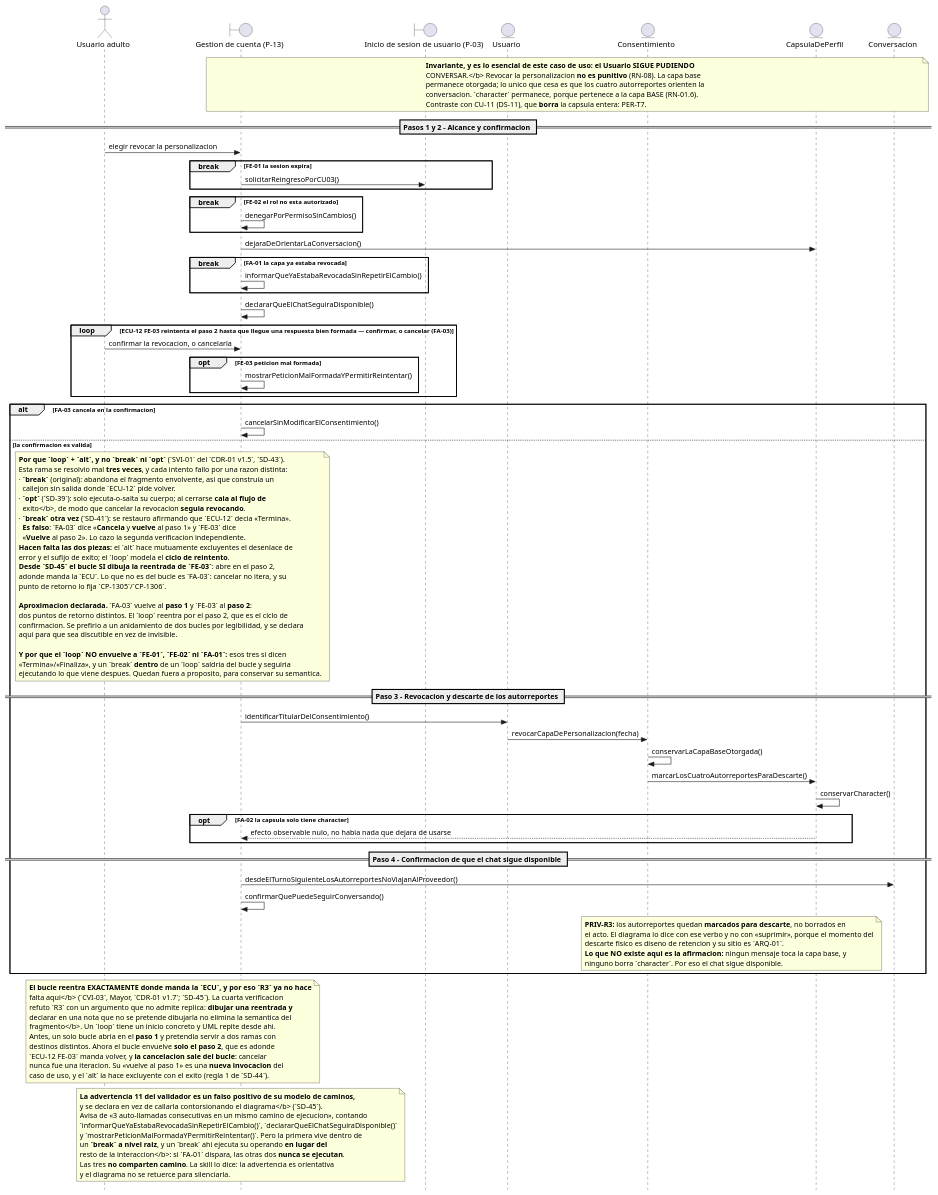
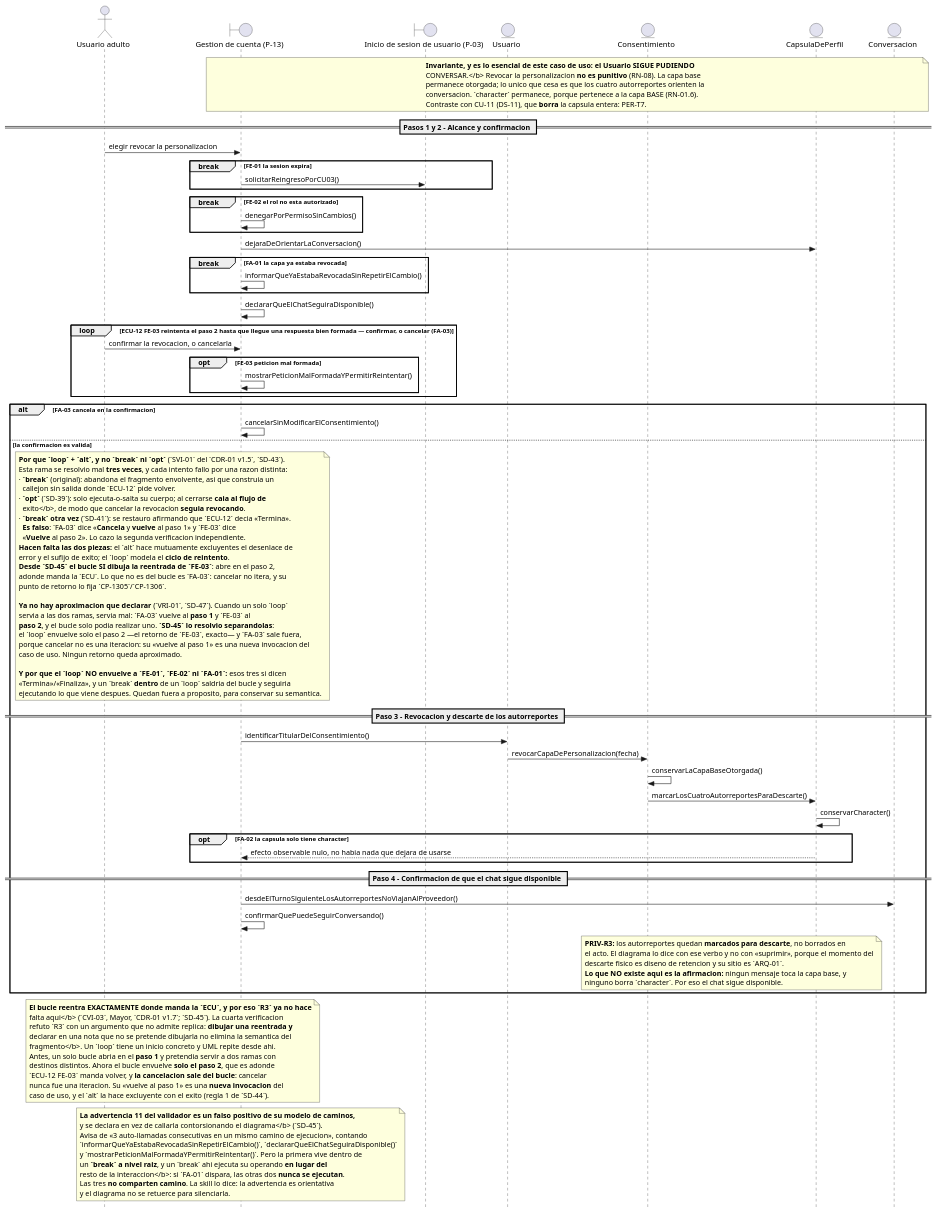
Before and after one commit to jonatan8254/alan-aura-academico: the diagram in docs/07_casos_uso/secuencia/puml/DS-12_secuencia_revocar_la_personalizacion.puml, drawn with PlantUML. The commit also changed 9 other files, not shown here.

```diff
--- a/docs/07_casos_uso/secuencia/puml/DS-12_secuencia_revocar_la_personalizacion.puml
+++ b/docs/07_casos_uso/secuencia/puml/DS-12_secuencia_revocar_la_personalizacion.puml
@@ -1,171 +1,176 @@
 @startuml
 ' DS-12 - Secuencia de CU-12 «Revocar la personalizacion»
+' v1.7 (VRI-01 del CDR-01 v1.9, SD-47): VRI-01: la nota declaraba una «aproximacion» que SD-45 ya habia eliminado al separar FA-03 del bucle. Afirmaba lo contrario que la nota de al lado.
+'       La quinta verificacion lo dijo asi: «la conducta vigente es correcta, pero
+'       las notas no convergieron».
 ' v1.6 (revision interna final, SD-45): RI-2: idem; RI-3: la nota de SD-44 dejaba de ser cierta.
 '       Hallado por la revision de dos subagentes ANTES del veredicto — el mismo
 '       tipo de defecto que CVI-03, sobreviviendo dentro de la correccion de CVI-03.
 ' v1.5 (CVI-03 del CDR-01 v1.7, SD-45): CVI-03: el `loop` se acota al paso 2 —adonde manda `ECU-12 FE-03`— y `FA-03` sale a un `alt`. Se declara la advertencia 11 como falso positivo del modelo de caminos.
 '       R3 ya no hace falta aqui: el bucle reentra donde manda la ECU. La cuarta
 '       verificacion la refuto — dibujar una reentrada y declarar en nota que no se
 '       pretende dibujarla NO elimina la semantica del fragmento.
 ' v1.4 (TVI-01/03/04 del CDR-01 v1.6, SD-44): R3: la nota deja de decir que el loop realiza el retorno; la guarda nombra FA-03.
 '       CONVENCION SD-44 — R1: el sufijo de exito vive DENTRO de su operando.
 '       R2: un break dentro de un loop solo vale si lo que sigue al bucle es
 '       limpieza comun. R3: el punto de reentrada es normativo en la ECU y
 '       verificable en el CP; el diagrama NO lo dibuja. R4: la guarda nombra
 '       todas las salidas del bucle. Lo comprueba barrido_desenlaces.py.
 ' v1.3 (SVI-01 del CDR-01 v1.5, SD-43): FA-03 y FE-03 a `alt` dentro de un `loop` (ECU-12: «Cancela y vuelve» y «Vuelve al paso 2»).
 '       Tercer intento sobre la misma rama, y el primero que lee el DESENLACE de la
 '       ECU en vez de la categoria del flujo. `break` abandonaba; `opt` caia al exito;
 '       `break` otra vez (SD-41) se restauro alegando que la ECU decia «Termina», lo
 '       cual es FALSO. Y `loop` + `alt` (SD-43) tampoco bastaba: la TERCERA verificacion
 '       (TVI-01/02, CDR-01 v1.6) mostro que el operando de exito quedaba VACIO y la
 '       continuacion FUERA del alt, asi que el sufijo de exito se ejecutaba igual.
 '       SD-44 fija la convencion: el sufijo de exito vive DENTRO de su operando, y el
 '       punto exacto de reentrada es normativo en la ECU y verificable en el CP — el
 '       diagrama NO pretende dibujarlo. Los break legitimos quedan fuera del loop; dentro
 '       saldrian del
 '       bucle y seguirian ejecutando, en vez de terminar.
 ' v1.2 (VI-01 del CDR-01 v1.4, SD-41): FA-03 y FE-03 vuelven de opt a BREAK.
 '       Criterio: estan a profundidad 0 —el fragmento envolvente es la interaccion
 '       entera— y su fila de ECU declara que el remanente NO se ejecuta. En UML 2.5
 '       `break` ejecuta su operando EN LUGAR DEL RESTO: es esa semantica exacta.
 '       `opt` solo saltaba su cuerpo y el flujo caia al exito.
 '       Consecuencia declarada: para estos casos el `break` ORIGINAL era correcto y
 '       esa parte de H-01 fue un falso positivo. Ver DS-00 §12.
 ' v1.1 (CDR-01, H-01): FA-03 y FE-03 pasan de break a opt — su texto declara «Vuelve».
 ' v1.0 (fase de diseno detallado, ICONIX paso 6)
 ' Insumos: DR-12 v2.0 (9 controladores), ECU-12 v2.0, MD-01 v1.4, DCU-01 v2.1,
 '          DIS-00 (P-13; destino P-03), PRIV-01 (PRIV-R3), PER-01 v1.2 (PER-T7).
 ' Capa de infraestructura: NO EJECUTADA por decision declarada (E-1 de DS-00).
 
 skinparam style strictuml
 skinparam shadowing false
 skinparam responseMessageBelowArrow true
 
 actor "Usuario adulto" as ACT_Usuario
 boundary "Gestion de cuenta (P-13)" as B_PaginaGestionCuenta
 boundary "Inicio de sesion de usuario (P-03)" as B_PaginaInicioSesion
 entity "Usuario" as E_Usuario
 entity "Consentimiento" as E_Consentimiento
 entity "CapsulaDePerfil" as E_CapsulaDePerfil
 entity "Conversacion" as E_Conversacion
 
 note over B_PaginaGestionCuenta, E_Conversacion
   <b>Invariante, y es lo esencial de este caso de uso: el Usuario SIGUE PUDIENDO
   CONVERSAR.</b> Revocar la personalizacion <b>no es punitivo</b> (RN-08). La capa base
   permanece otorgada; lo unico que cesa es que los cuatro autorreportes orienten la
   conversacion. `character` permanece, porque pertenece a la capa BASE (RN-01.6).
   Contraste con CU-11 (DS-11), que <b>borra</b> la capsula entera: PER-T7.
 end note
 
 == Pasos 1 y 2 - Alcance y confirmacion ==
 
 ACT_Usuario -> B_PaginaGestionCuenta : elegir revocar la personalizacion
 
 break FE-01 la sesion expira
   B_PaginaGestionCuenta -> B_PaginaInicioSesion : solicitarReingresoPorCU03()
 end
 
 break FE-02 el rol no esta autorizado
   B_PaginaGestionCuenta -> B_PaginaGestionCuenta : denegarPorPermisoSinCambios()
 end
 
 B_PaginaGestionCuenta -> E_CapsulaDePerfil : dejaraDeOrientarLaConversacion()
 
 break FA-01 la capa ya estaba revocada
   B_PaginaGestionCuenta -> B_PaginaGestionCuenta : informarQueYaEstabaRevocadaSinRepetirElCambio()
 end
 
 B_PaginaGestionCuenta -> B_PaginaGestionCuenta : declararQueElChatSeguiraDisponible()
 
 loop ECU-12 FE-03 reintenta el paso 2 hasta que llegue una respuesta bien formada — confirmar, o cancelar (FA-03)
   ACT_Usuario -> B_PaginaGestionCuenta : confirmar la revocacion, o cancelarla
 
   opt FE-03 peticion mal formada
     B_PaginaGestionCuenta -> B_PaginaGestionCuenta : mostrarPeticionMalFormadaYPermitirReintentar()
   end
 end
 
 alt FA-03 cancela en la confirmacion
   B_PaginaGestionCuenta -> B_PaginaGestionCuenta : cancelarSinModificarElConsentimiento()
 else la confirmacion es valida
 
   note over ACT_Usuario, B_PaginaGestionCuenta
     <b>Por que `loop` + `alt`, y no `break` ni `opt`</b> (`SVI-01` del `CDR-01 v1.5`, `SD-43`).
     Esta rama se resolvio mal <b>tres veces</b>, y cada intento fallo por una razon distinta:
     · <b>`break`</b> (original): abandona el fragmento envolvente, asi que construia un
       callejon sin salida donde `ECU-12` pide volver.
     · <b>`opt`</b> (`SD-39`): solo ejecuta-o-salta su cuerpo; al cerrarse <b>caia al flujo de
       exito</b>, de modo que cancelar la revocacion <b>seguia revocando</b>.
     · <b>`break` otra vez</b> (`SD-41`): se restauro afirmando que `ECU-12` decia «Termina».
       <b>Es falso</b>: `FA-03` dice «<b>Cancela</b> y <b>vuelve</b> al paso 1» y `FE-03` dice
       «<b>Vuelve</b> al paso 2». Lo cazo la segunda verificacion independiente.
     <b>Hacen falta las dos piezas:</b> el `alt` hace mutuamente excluyentes el desenlace de
     error y el sufijo de exito; el `loop` modela el <b>ciclo de reintento</b>.
     <b>Desde `SD-45` el bucle SI dibuja la reentrada de `FE-03`</b>: abre en el paso 2,
     adonde manda la `ECU`. Lo que no es del bucle es `FA-03`: cancelar no itera, y su
     punto de retorno lo fija `CP-1305`/`CP-1306`.
 
-    <b>Aproximacion declarada.</b> `FA-03` vuelve al <b>paso 1</b> y `FE-03` al <b>paso 2</b>:
-    dos puntos de retorno distintos. El `loop` reentra por el paso 2, que es el ciclo de
-    confirmacion. Se prefirio a un anidamiento de dos bucles por legibilidad, y se declara
-    aqui para que sea discutible en vez de invisible.
+    <b>Ya no hay aproximacion que declarar</b> (`VRI-01`, `SD-47`). Cuando un solo `loop`
+    servia a las dos ramas, servia mal: `FA-03` vuelve al <b>paso 1</b> y `FE-03` al
+    <b>paso 2</b>, y el bucle solo podia realizar uno. <b>`SD-45` lo resolvio separandolas</b>:
+    el `loop` envuelve solo el paso 2 —el retorno de `FE-03`, exacto— y `FA-03` sale fuera,
+    porque cancelar no es una iteracion: su «vuelve al paso 1» es una nueva invocacion del
+    caso de uso. Ningun retorno queda aproximado.
 
     <b>Y por que el `loop` NO envuelve a `FE-01`, `FE-02` ni `FA-01`:</b> esos tres si dicen
     «Termina»/«Finaliza», y un `break` <b>dentro</b> de un `loop` saldria del bucle y seguiria
     ejecutando lo que viene despues. Quedan fuera a proposito, para conservar su semantica.
   end note
 
   == Paso 3 - Revocacion y descarte de los autorreportes ==
 
   B_PaginaGestionCuenta -> E_Usuario : identificarTitularDelConsentimiento()
   E_Usuario -> E_Consentimiento : revocarCapaDePersonalizacion(fecha)
   E_Consentimiento -> E_Consentimiento : conservarLaCapaBaseOtorgada()
   E_Consentimiento -> E_CapsulaDePerfil : marcarLosCuatroAutorreportesParaDescarte()
   E_CapsulaDePerfil -> E_CapsulaDePerfil : conservarCharacter()
 
   opt FA-02 la capsula solo tiene character
     E_CapsulaDePerfil --> B_PaginaGestionCuenta : efecto observable nulo, no habia nada que dejara de usarse
   end
 
   == Paso 4 - Confirmacion de que el chat sigue disponible ==
 
   B_PaginaGestionCuenta -> E_Conversacion : desdeElTurnoSiguienteLosAutorreportesNoViajanAlProveedor()
   B_PaginaGestionCuenta -> B_PaginaGestionCuenta : confirmarQuePuedeSeguirConversando()
 
   note over E_Consentimiento, E_CapsulaDePerfil
     <b>PRIV-R3:</b> los autorreportes quedan <b>marcados para descarte</b>, no borrados en
     el acto. El diagrama lo dice con ese verbo y no con «suprimir», porque el momento del
     descarte fisico es diseno de retencion y su sitio es `ARQ-01`.
     <b>Lo que NO existe aqui es la afirmacion:</b> ningun mensaje toca la capa base, y
     ninguno borra `character`. Por eso el chat sigue disponible.
   end note
 
 end
 
 note over ACT_Usuario, B_PaginaGestionCuenta
   <b>El bucle reentra EXACTAMENTE donde manda la `ECU`, y por eso `R3` ya no hace
   falta aqui</b> (`CVI-03`, Mayor, `CDR-01 v1.7`; `SD-45`). La cuarta verificacion
   refuto `R3` con un argumento que no admite replica: <b>dibujar una reentrada y
   declarar en una nota que no se pretende dibujarla no elimina la semantica del
   fragmento</b>. Un `loop` tiene un inicio concreto y UML repite desde ahi.
   Antes, un solo bucle abria en el <b>paso 1</b> y pretendia servir a dos ramas con
   destinos distintos. Ahora el bucle envuelve <b>solo el paso 2</b>, que es adonde
   `ECU-12 FE-03` manda volver, y <b>la cancelacion sale del bucle</b>: cancelar
   nunca fue una iteracion. Su «vuelve al paso 1» es una <b>nueva invocacion</b> del
   caso de uso, y el `alt` la hace excluyente con el exito (regla 1 de `SD-44`).
 end note
 
 note over B_PaginaGestionCuenta
   <b>La advertencia 11 del validador es un falso positivo de su modelo de caminos,
   y se declara en vez de callarla contorsionando el diagrama</b> (`SD-45`).
   Avisa de «3 auto-llamadas consecutivas en un mismo camino de ejecucion», contando
   `informarQueYaEstabaRevocadaSinRepetirElCambio()`, `declararQueElChatSeguiraDisponible()`
   y `mostrarPeticionMalFormadaYPermitirReintentar()`. Pero la primera vive dentro de
   un <b>`break` a nivel raiz</b>, y un `break` ahi ejecuta su operando <b>en lugar del
   resto de la interaccion</b>: si `FA-01` dispara, las otras dos <b>nunca se ejecutan</b>.
   Las tres <b>no comparten camino</b>. La skill lo dice: la advertencia es orientativa
   y el diagrama no se retuerce para silenciarla.
 end note
 
 @enduml
```
